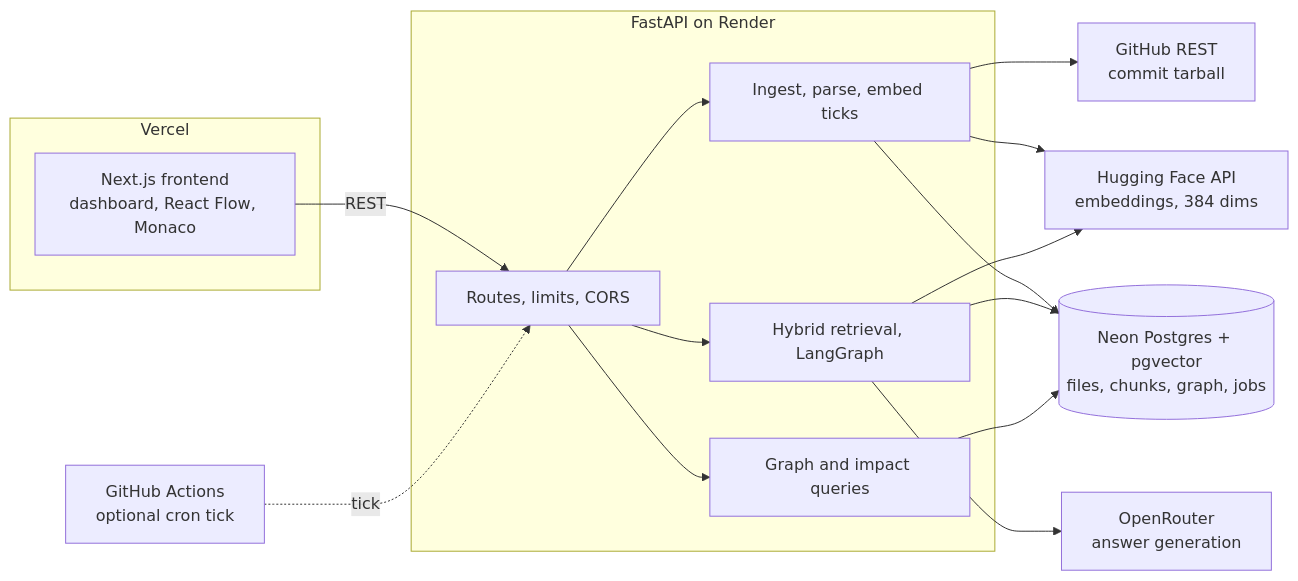
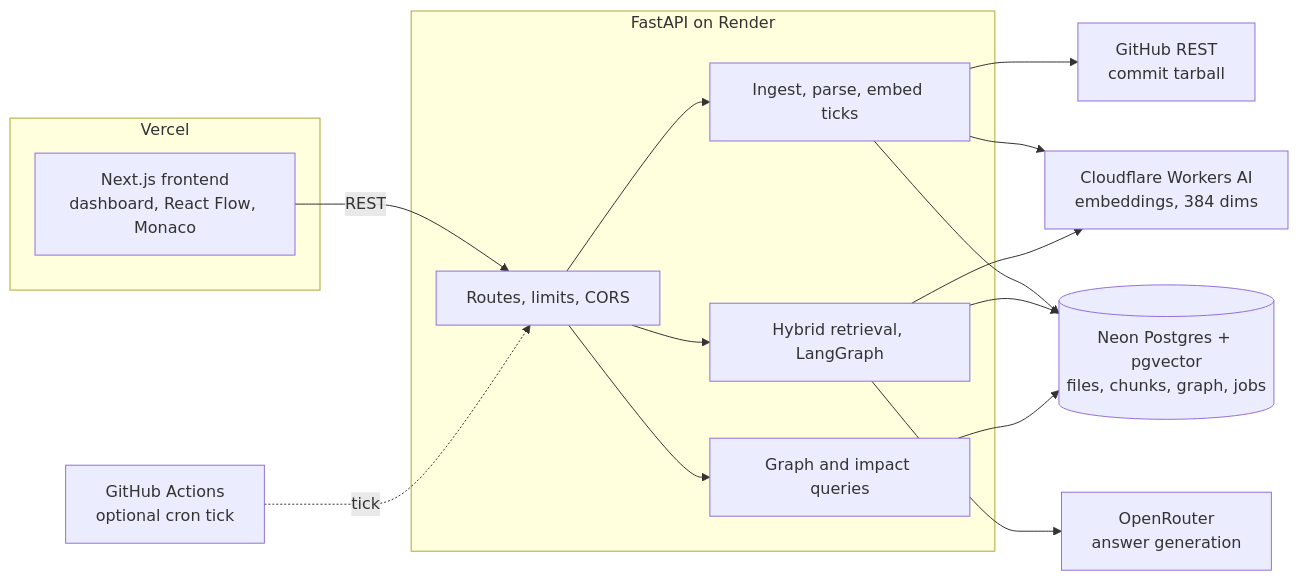
Before and after one commit to SuyashMuley/Codebase-Intelligence: the first of 5 diagrams in docs/ARCHITECTURE.md, drawn with Mermaid. The commit also changed other lines of this file and 57 other files, not shown here.

````diff
--- a/docs/ARCHITECTURE.md
+++ b/docs/ARCHITECTURE.md
@@ -7,26 +7,26 @@
 ```mermaid
 flowchart LR
     subgraph Vercel
         FE["Next.js frontend<br/>dashboard, React Flow, Monaco"]
     end
     CRON["GitHub Actions<br/>optional cron tick"]
     subgraph Render["FastAPI on Render"]
         R["Routes, limits, CORS"]
         I["Ingest, parse, embed ticks"]
         Q["Hybrid retrieval, LangGraph"]
         G["Graph and impact queries"]
     end
     DB[("Neon Postgres + pgvector<br/>files, chunks, graph, jobs")]
     GH["GitHub REST<br/>commit tarball"]
-    HF["Hugging Face API<br/>embeddings, 384 dims"]
+    HF["Cloudflare Workers AI<br/>embeddings, 384 dims"]
     OR["OpenRouter<br/>answer generation"]
 
     FE -->|REST| R
     CRON -.->|tick| R
     R --> I & Q & G
     I --> GH
     I --> HF
     Q --> HF
     Q --> OR
     I & Q & G --> DB
 ```
````
